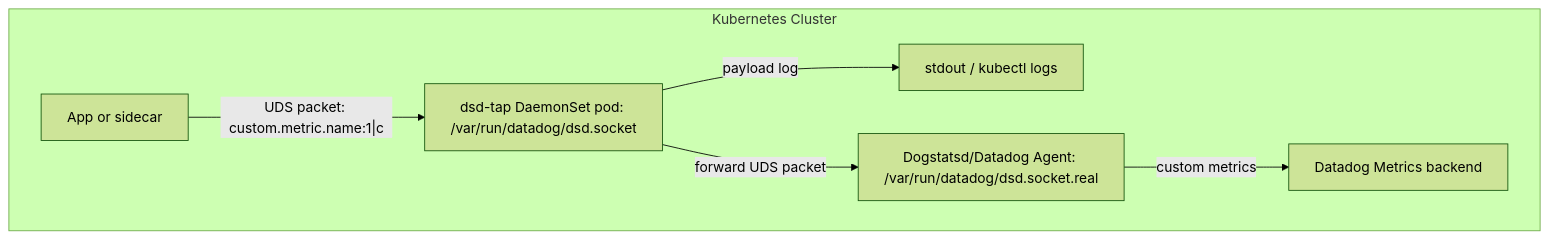
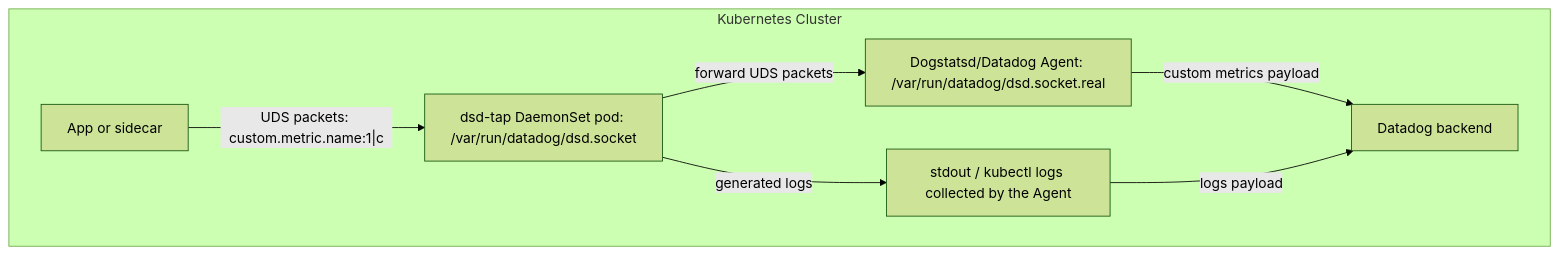
One commit to ddalexvea/dsd-tap changed the diagram in README.md. Above: the diagram before and after it, drawn with Mermaid (forest theme).

````diff
--- a/README.md
+++ b/README.md
@@ -14,10 +14,11 @@
 ```mermaid
 graph TD
 
 subgraph Kubernetes Cluster
-  A[App or sidecar] -- "UDS packet: custom.metric.name:1|c" --> B[dsd-tap DaemonSet pod: /var/run/datadog/dsd.socket]
-  B -- payload log --> D[stdout / kubectl logs]
-  B -- forward UDS packet --> C["Dogstatsd/Datadog Agent: /var/run/datadog/dsd.socket.real"]
-  C -- custom metrics --> DD[Datadog Metrics backend]
+  A[App or sidecar] -- "UDS packets: custom.metric.name:1|c" --> B[dsd-tap DaemonSet pod: /var/run/datadog/dsd.socket]
+  B -- "generated logs" --> D[stdout / kubectl logs collected by the Agent]
+  B -- forward UDS packets --> C["Dogstatsd/Datadog Agent: /var/run/datadog/dsd.socket.real"]
+  C -- custom metrics payload --> DD[Datadog backend]
+  D -- logs payload --> DD[Datadog backend]
 end
 ```
````
